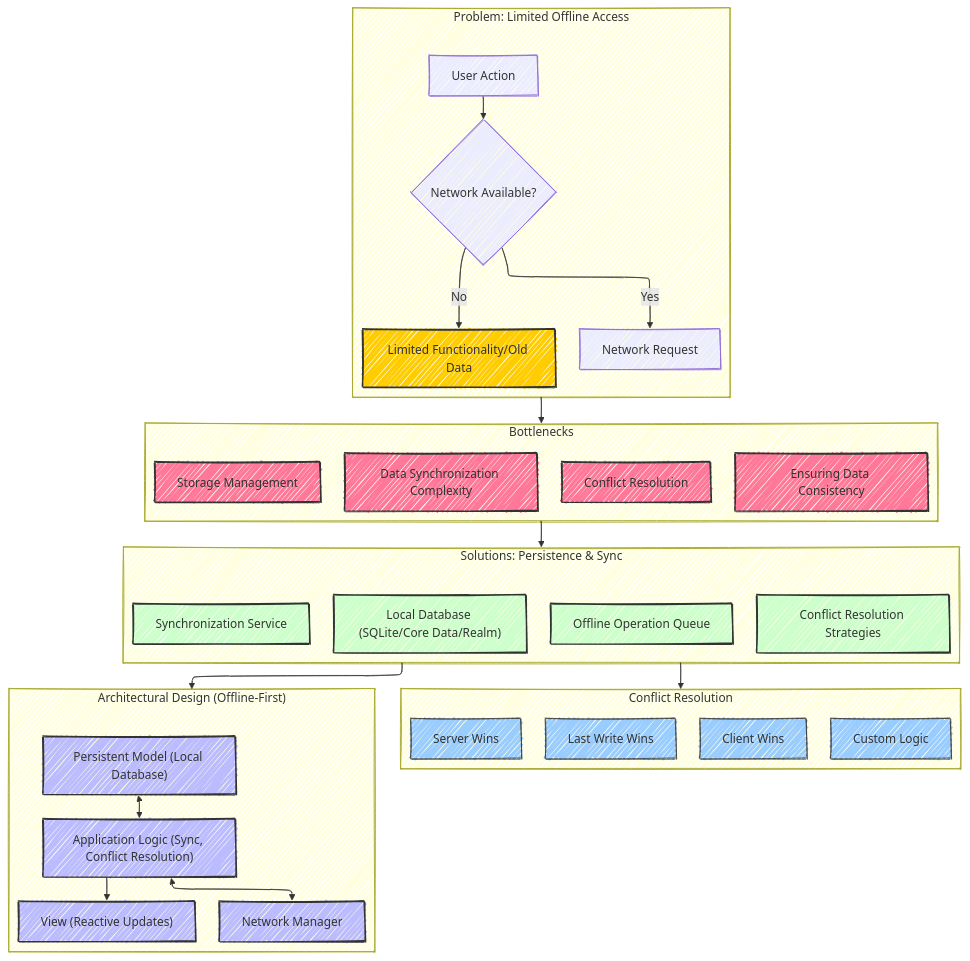
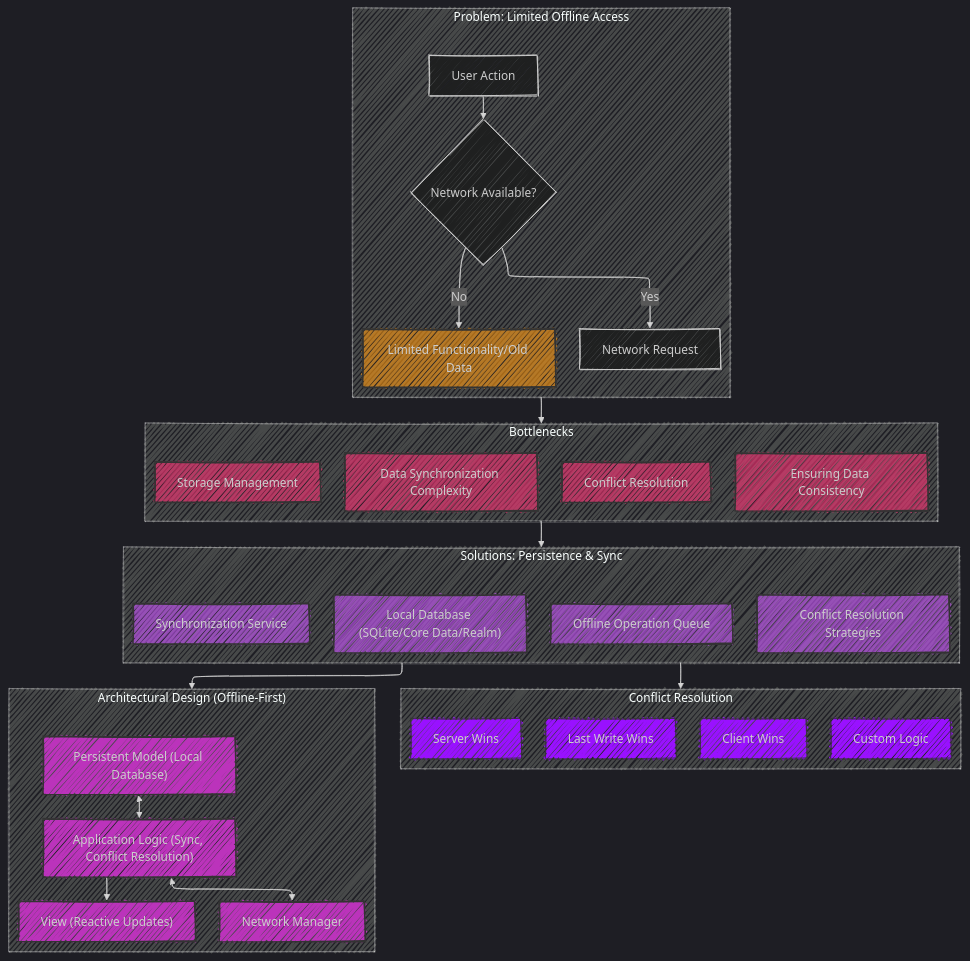
Before and after one commit to CongLeSolutionX/iOS-development-vault: the third of 5 diagrams in Offline_Mobile_App_Architecture /Offline_App_Architecture_Evolution.md, drawn with Mermaid. The commit also changed other lines of this file, not shown here.

Commit message:
update theme and styles

````diff
--- a/Offline_Mobile_App_Architecture /Offline_App_Architecture_Evolution.md
+++ b/Offline_Mobile_App_Architecture /Offline_App_Architecture_Evolution.md
@@ -151,70 +151,70 @@
 ```mermaid
 ---
 config:
   layout: elk
   look: handDrawn
-  theme: default
+  theme: dark
 ---
 flowchart TD
     subgraph Problem["Problem: Limited Offline Access"]
         A[User Action] --> B{Network Available?};
         B -- No --> C[Limited Functionality/Old Data];
         B -- Yes --> D[Network Request];
-        style C fill:#ffcc00,stroke:#333,stroke-width:2px
+        style C fill:#f919,stroke:#333,stroke-width:2px
     end
 
     subgraph Bottlenecks["Bottlenecks"]
         E[Data Synchronization Complexity];
         F[Conflict Resolution];
         G[Storage Management];
         H[Ensuring Data Consistency];
-          style E fill:#f79,stroke:#333,stroke-width:2px
-          style F fill:#f79,stroke:#333,stroke-width:2px
-          style G fill:#f79,stroke:#333,stroke-width:2px
-          style H fill:#f79,stroke:#333,stroke-width:2px
+          style E fill:#f379,stroke:#333,stroke-width:2px
+          style F fill:#f379,stroke:#333,stroke-width:2px
+          style G fill:#f379,stroke:#333,stroke-width:2px
+          style H fill:#f379,stroke:#333,stroke-width:2px
     end
 
     subgraph Solutions["Solutions: Persistence & Sync"]
         I["Local Database (SQLite/Core Data/Realm)"];
         J[Offline Operation Queue];
         K[Synchronization Service];
         L[Conflict Resolution Strategies];
-          style I fill:#ccffcc,stroke:#333,stroke-width:2px
-          style J fill:#ccffcc,stroke:#333,stroke-width:2px
-          style K fill:#ccffcc,stroke:#333,stroke-width:2px
-          style L fill:#ccffcc,stroke:#333,stroke-width:2px
+          style I fill:#c5f9,stroke:#333,stroke-width:2px
+          style J fill:#c5f9,stroke:#333,stroke-width:2px
+          style K fill:#c5f9,stroke:#333,stroke-width:2px
+          style L fill:#c5f9,stroke:#333,stroke-width:2px
 
     end
 
      subgraph ConflictStrategies["Conflict Resolution"]
         CS1[Last Write Wins]
         CS2[Client Wins]
         CS3[Server Wins]
         CS4[Custom Logic]
-          style CS1 fill:#99ccff,stroke:#333,stroke-width:1px
-          style CS2 fill:#99ccff,stroke:#333,stroke-width:1px
-          style CS3 fill:#99ccff,stroke:#333,stroke-width:1px
-          style CS4 fill:#99ccff,stroke:#333,stroke-width:1px
+          style CS1 fill:#91ff,stroke:#333,stroke-width:1px
+          style CS2 fill:#91ff,stroke:#333,stroke-width:1px
+          style CS3 fill:#91ff,stroke:#333,stroke-width:1px
+          style CS4 fill:#91ff,stroke:#333,stroke-width:1px
     end
 
     subgraph New_Architectural_Design["Architectural Design (Offline-First)"]
         M["Persistent Model (Local Database)"];
         N["Application Logic (Sync, Conflict Resolution)"];
         O["View (Reactive Updates)"];
         P[Network Manager];
         M <--> N;
         N --> O;
         N <--> P;
 
-          style M fill:#bbf,stroke:#333,stroke-width:2px
-          style N fill:#bbf,stroke:#333,stroke-width:2px
-          style O fill:#bbf,stroke:#333,stroke-width:2px
-          style P fill:#bbf,stroke:#333,stroke-width:2px
+          style M fill:#b3bf,stroke:#333,stroke-width:2px
+          style N fill:#b3bf,stroke:#333,stroke-width:2px
+          style O fill:#b3bf,stroke:#333,stroke-width:2px
+          style P fill:#b3bf,stroke:#333,stroke-width:2px
     end
 
     Problem --> Bottlenecks;
     Bottlenecks --> Solutions;
     Solutions --> ConflictStrategies
     Solutions --> New_Architectural_Design;
 
 ```
````
